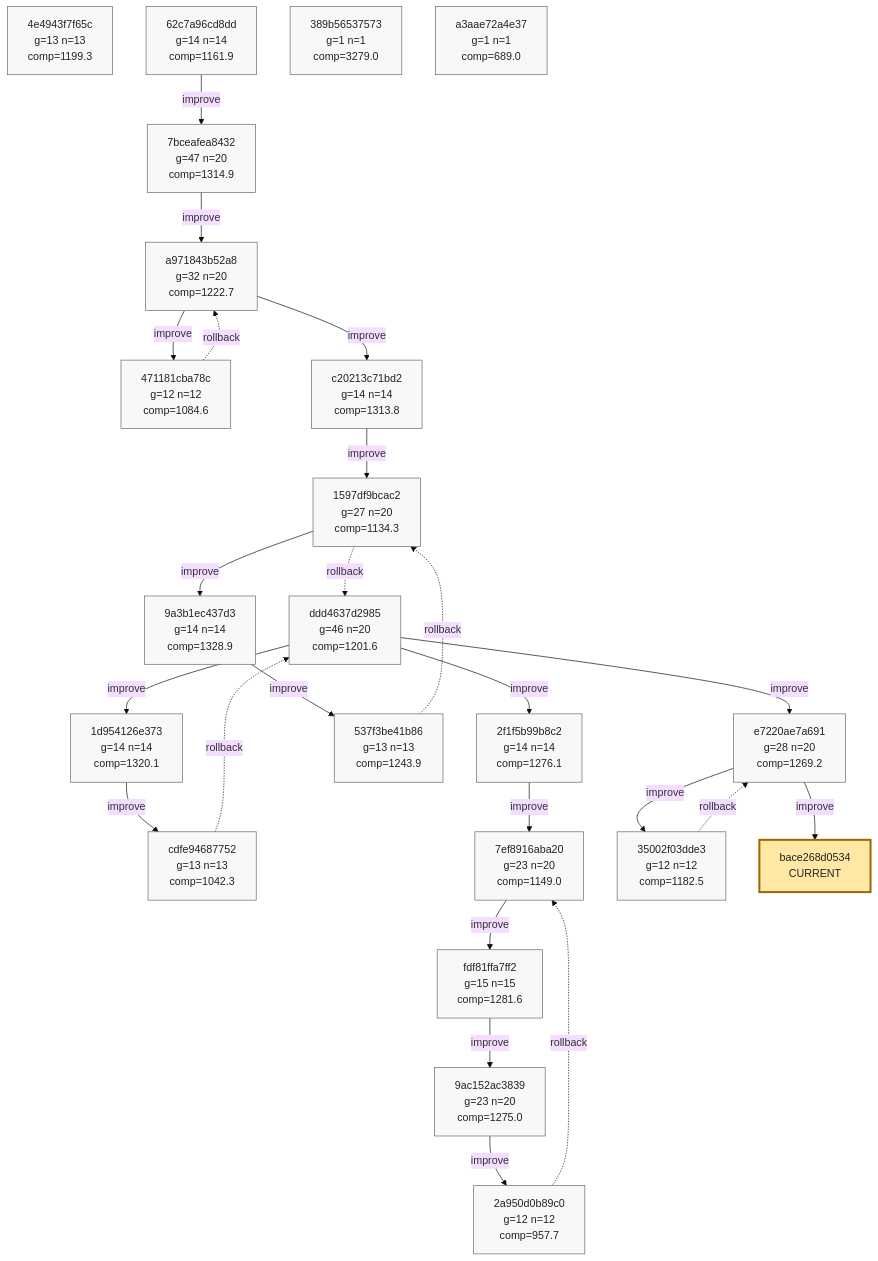
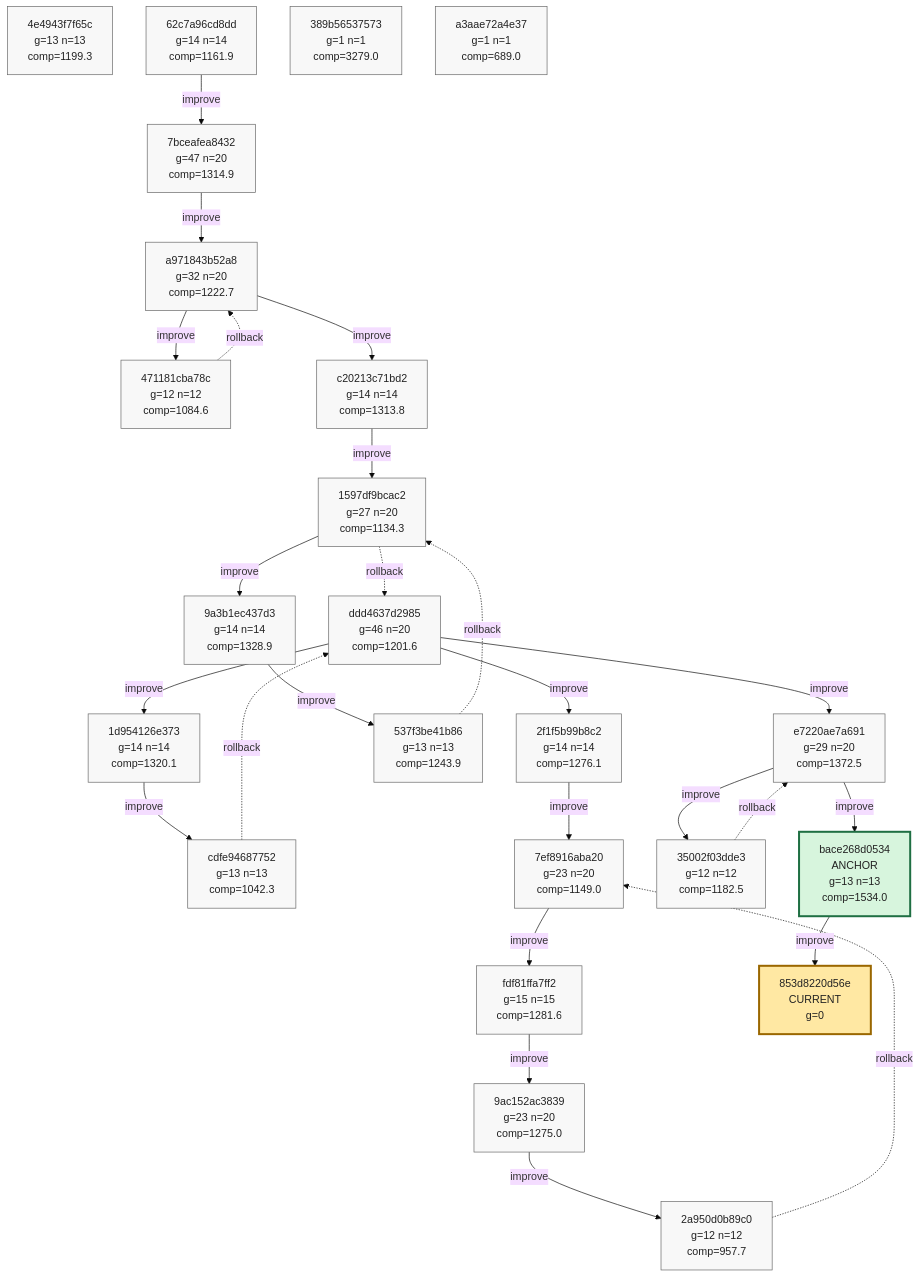
One commit to azumag/soviet_now changed the ninth of 9 diagrams in phyrogenetic-tree.md. Above: the diagram before and after it, drawn with Mermaid (base theme). The commit also changed other lines of this file, not shown here.

Commit message:
eloop Improve after 12 games (scores: 1316 1815 2348 1672 780 2015 2665 2122 1668 1041 810 2029)

````diff
--- a/phyrogenetic-tree.md
+++ b/phyrogenetic-tree.md
@@ -2229,77 +2228,80 @@
 ```mermaid
 flowchart TD
     h_4e4943f7f65c["4e4943f7f65c<br/>g=13 n=13<br/>comp=1199.3"]
     h_ddd4637d2985["ddd4637d2985<br/>g=46 n=20<br/>comp=1201.6"]
     h_1d954126e373["1d954126e373<br/>g=14 n=14<br/>comp=1320.1"]
     h_cdfe94687752["cdfe94687752<br/>g=13 n=13<br/>comp=1042.3"]
     h_2f1f5b99b8c2["2f1f5b99b8c2<br/>g=14 n=14<br/>comp=1276.1"]
     h_7ef8916aba20["7ef8916aba20<br/>g=23 n=20<br/>comp=1149.0"]
     h_fdf81ffa7ff2["fdf81ffa7ff2<br/>g=15 n=15<br/>comp=1281.6"]
     h_9ac152ac3839["9ac152ac3839<br/>g=23 n=20<br/>comp=1275.0"]
     h_2a950d0b89c0["2a950d0b89c0<br/>g=12 n=12<br/>comp=957.7"]
     h_62c7a96cd8dd["62c7a96cd8dd<br/>g=14 n=14<br/>comp=1161.9"]
     h_7bceafea8432["7bceafea8432<br/>g=47 n=20<br/>comp=1314.9"]
     h_a971843b52a8["a971843b52a8<br/>g=32 n=20<br/>comp=1222.7"]
     h_471181cba78c["471181cba78c<br/>g=12 n=12<br/>comp=1084.6"]
     h_c20213c71bd2["c20213c71bd2<br/>g=14 n=14<br/>comp=1313.8"]
     h_1597df9bcac2["1597df9bcac2<br/>g=27 n=20<br/>comp=1134.3"]
     h_9a3b1ec437d3["9a3b1ec437d3<br/>g=14 n=14<br/>comp=1328.9"]
     h_537f3be41b86["537f3be41b86<br/>g=13 n=13<br/>comp=1243.9"]
-    h_e7220ae7a691["e7220ae7a691<br/>g=28 n=20<br/>comp=1269.2"]
+    h_e7220ae7a691["e7220ae7a691<br/>g=29 n=20<br/>comp=1372.5"]
     h_35002f03dde3["35002f03dde3<br/>g=12 n=12<br/>comp=1182.5"]
+    h_bace268d0534["bace268d0534<br/>ANCHOR<br/>g=13 n=13<br/>comp=1534.0"]
     h_389b56537573["389b56537573<br/>g=1 n=1<br/>comp=3279.0"]
     h_a3aae72a4e37["a3aae72a4e37<br/>g=1 n=1<br/>comp=689.0"]
-    h_bace268d0534["bace268d0534<br/>CURRENT"]
+    h_853d8220d56e["853d8220d56e<br/>CURRENT<br/>g=0"]
 
     h_ddd4637d2985 -->|improve| h_1d954126e373
     h_1d954126e373 -->|improve| h_cdfe94687752
     h_cdfe94687752 -. rollback .-> h_ddd4637d2985
     h_ddd4637d2985 -->|improve| h_2f1f5b99b8c2
     h_2f1f5b99b8c2 -->|improve| h_7ef8916aba20
     h_7ef8916aba20 -->|improve| h_fdf81ffa7ff2
     h_fdf81ffa7ff2 -->|improve| h_9ac152ac3839
     h_9ac152ac3839 -->|improve| h_2a950d0b89c0
     h_2a950d0b89c0 -. rollback .-> h_7ef8916aba20
     h_62c7a96cd8dd -->|improve| h_7bceafea8432
     h_7bceafea8432 -->|improve| h_a971843b52a8
     h_a971843b52a8 -->|improve| h_471181cba78c
     h_471181cba78c -. rollback .-> h_a971843b52a8
     h_a971843b52a8 -->|improve| h_c20213c71bd2
     h_c20213c71bd2 -->|improve| h_1597df9bcac2
     h_1597df9bcac2 -->|improve| h_9a3b1ec437d3
     h_9a3b1ec437d3 -->|improve| h_537f3be41b86
     h_537f3be41b86 -. rollback .-> h_1597df9bcac2
     h_1597df9bcac2 -. rollback .-> h_ddd4637d2985
     h_ddd4637d2985 -->|improve| h_e7220ae7a691
     h_e7220ae7a691 -->|improve| h_35002f03dde3
     h_35002f03dde3 -. rollback .-> h_e7220ae7a691
     h_e7220ae7a691 -->|improve| h_bace268d0534
+    h_bace268d0534 -->|improve| h_853d8220d56e
 
     classDef plain fill:#f8f8f8,stroke:#666,stroke-width:1px,color:#222;
     classDef current fill:#ffe8a3,stroke:#9a6700,stroke-width:3px,color:#222;
     classDef anchor fill:#d7f5dd,stroke:#1f6f43,stroke-width:3px,color:#222;
     classDef current_anchor fill:#f3e4a8,stroke:#1f6f43,stroke-width:4px,color:#222;
 
     class h_4e4943f7f65c plain;
     class h_ddd4637d2985 plain;
     class h_1d954126e373 plain;
     class h_cdfe94687752 plain;
     class h_2f1f5b99b8c2 plain;
     class h_7ef8916aba20 plain;
     class h_fdf81ffa7ff2 plain;
     class h_9ac152ac3839 plain;
     class h_2a950d0b89c0 plain;
     class h_62c7a96cd8dd plain;
     class h_7bceafea8432 plain;
     class h_a971843b52a8 plain;
     class h_471181cba78c plain;
     class h_c20213c71bd2 plain;
     class h_1597df9bcac2 plain;
     class h_9a3b1ec437d3 plain;
     class h_537f3be41b86 plain;
     class h_e7220ae7a691 plain;
     class h_35002f03dde3 plain;
+    class h_bace268d0534 anchor;
     class h_389b56537573 plain;
     class h_a3aae72a4e37 plain;
-    class h_bace268d0534 current;
+    class h_853d8220d56e current;
 ```
````
